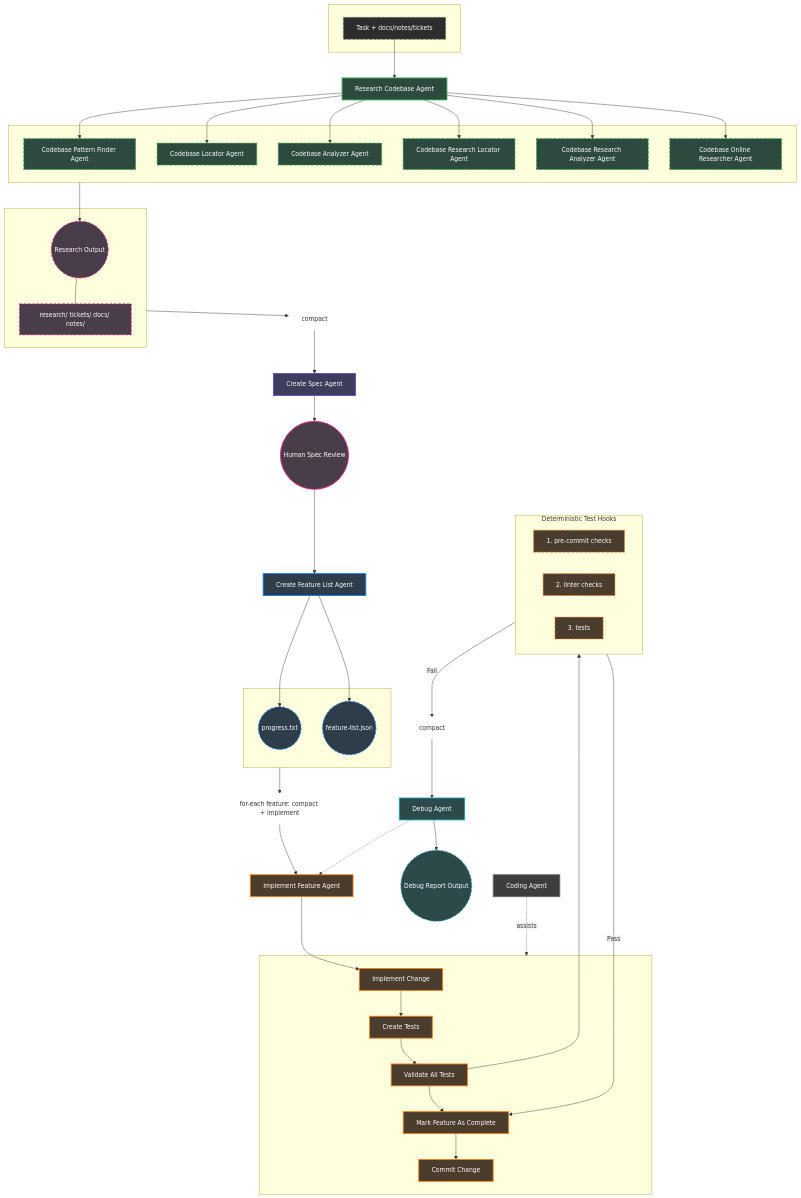
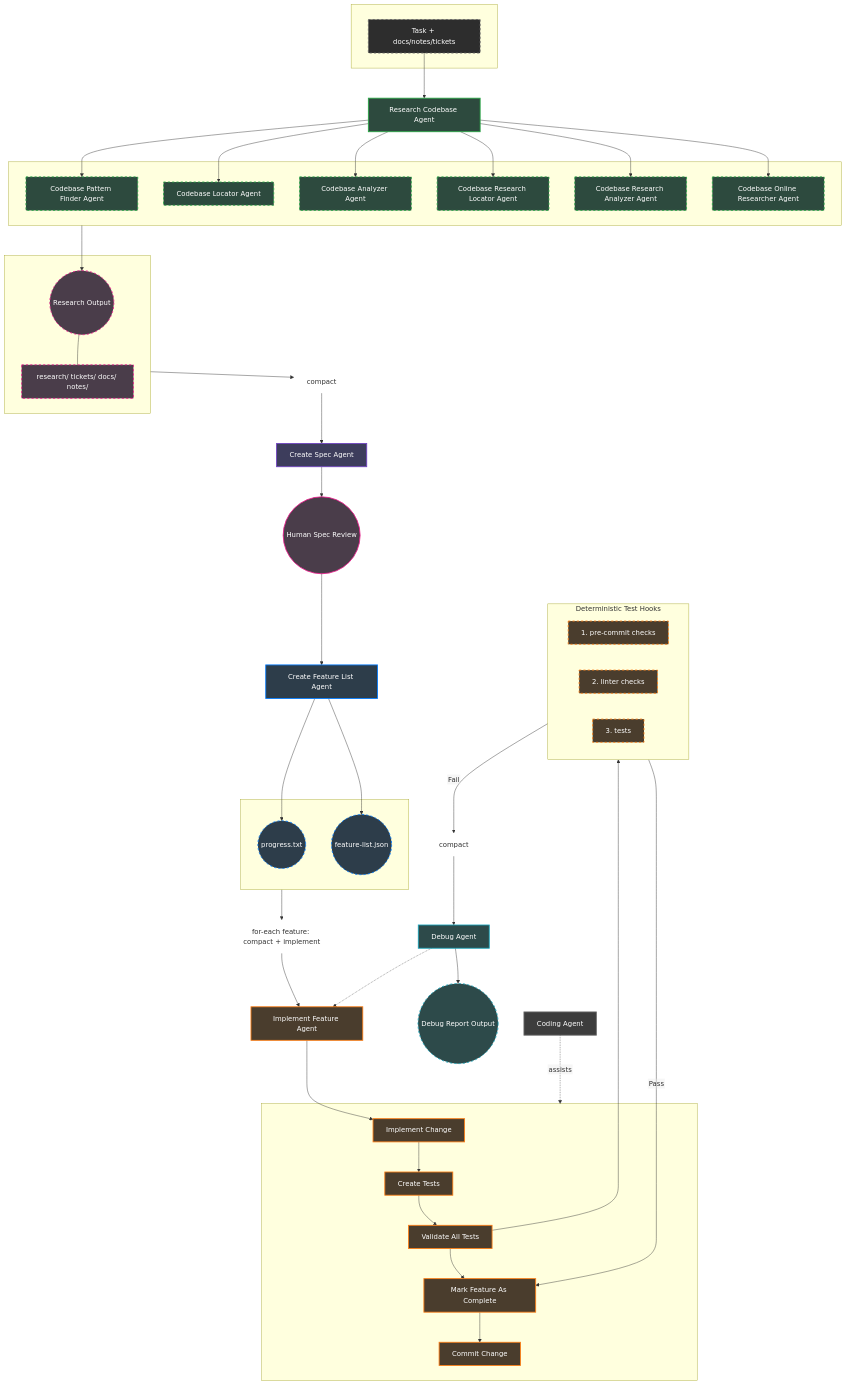
One commit to lavaman131/lavaman131.github.io changed the diagram in src/content/blog/agent-armory-workflow.mdx. Above: the diagram before and after it, drawn with Mermaid. The commit also changed other lines of this file and 8 other files, not shown here.

Commit message:
add interactive viewer for mermaid diagram

```diff
--- a/src/content/blog/agent-armory-workflow.mdx
+++ b/src/content/blog/agent-armory-workflow.mdx
@@ -56,11 +60,11 @@
   'theme': 'default',
   'flowchart': {
     'htmlLabels': false,
-    'nodeSpacing': 50,
-    'rankSpacing': 60
+    'nodeSpacing': 60,
+    'rankSpacing': 70
   },
   'themeVariables': {
-    'fontSize': '14px'
+    'fontSize': '16px'
   }
 }}%%
 flowchart TD
```
